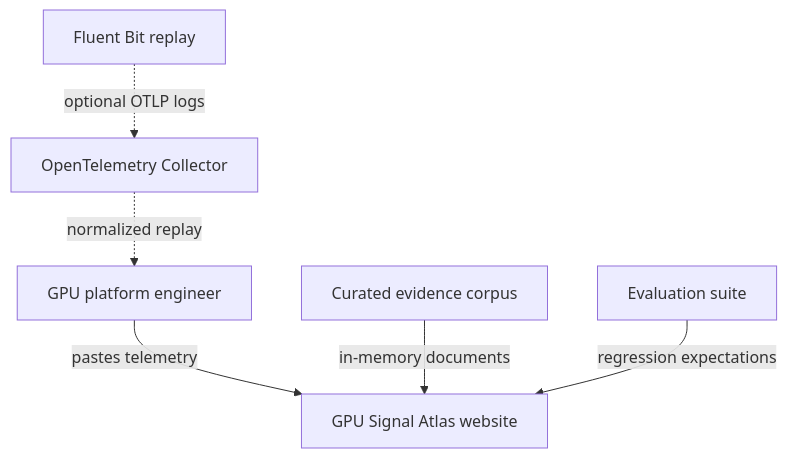
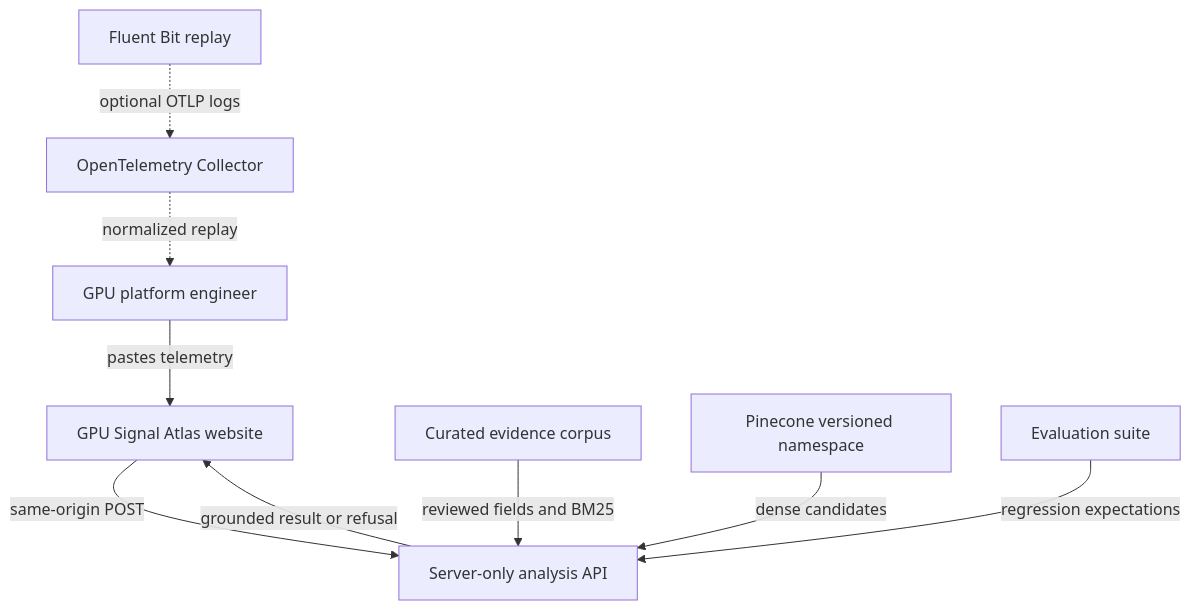
The first of 3 diagrams in docs/ARCHITECTURE.md (sivalinb/gpu-signal-atlas), drawn with Mermaid before and after one commit. The commit also changed other lines of this file and 18 other files, not shown here.

````diff
--- a/docs/ARCHITECTURE.md
+++ b/docs/ARCHITECTURE.md
@@ -5,15 +5,20 @@
 ```mermaid
 flowchart TB
     U[GPU platform engineer]
     W[GPU Signal Atlas website]
+    A[Server-only analysis API]
     C[Curated evidence corpus]
+    P[Pinecone versioned namespace]
     E[Evaluation suite]
     F[Fluent Bit replay]
     O[OpenTelemetry Collector]
 
     U -->|pastes telemetry| W
-    C -->|in-memory documents| W
-    E -->|regression expectations| W
+    W -->|same-origin POST| A
+    C -->|reviewed fields and BM25| A
+    P -->|dense candidates| A
+    A -->|grounded result or refusal| W
+    E -->|regression expectations| A
     F -. optional OTLP logs .-> O
     O -. normalized replay .-> U
 ```
````
